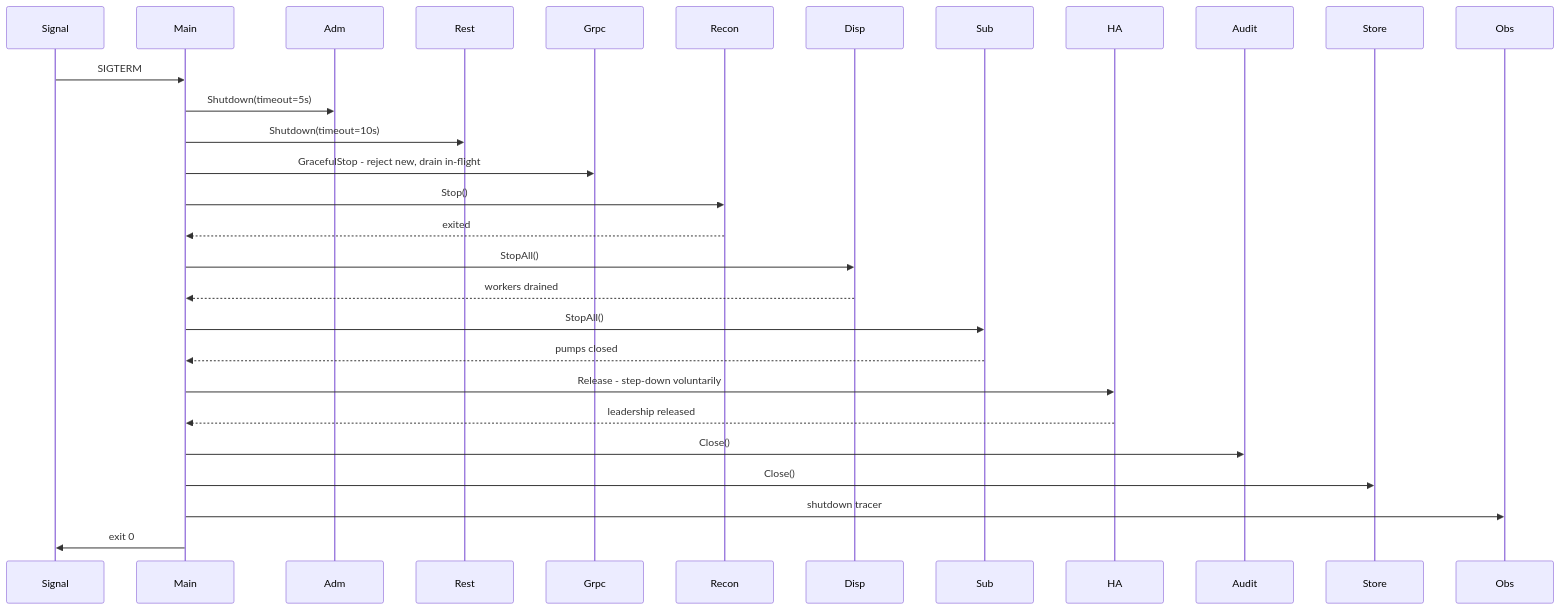
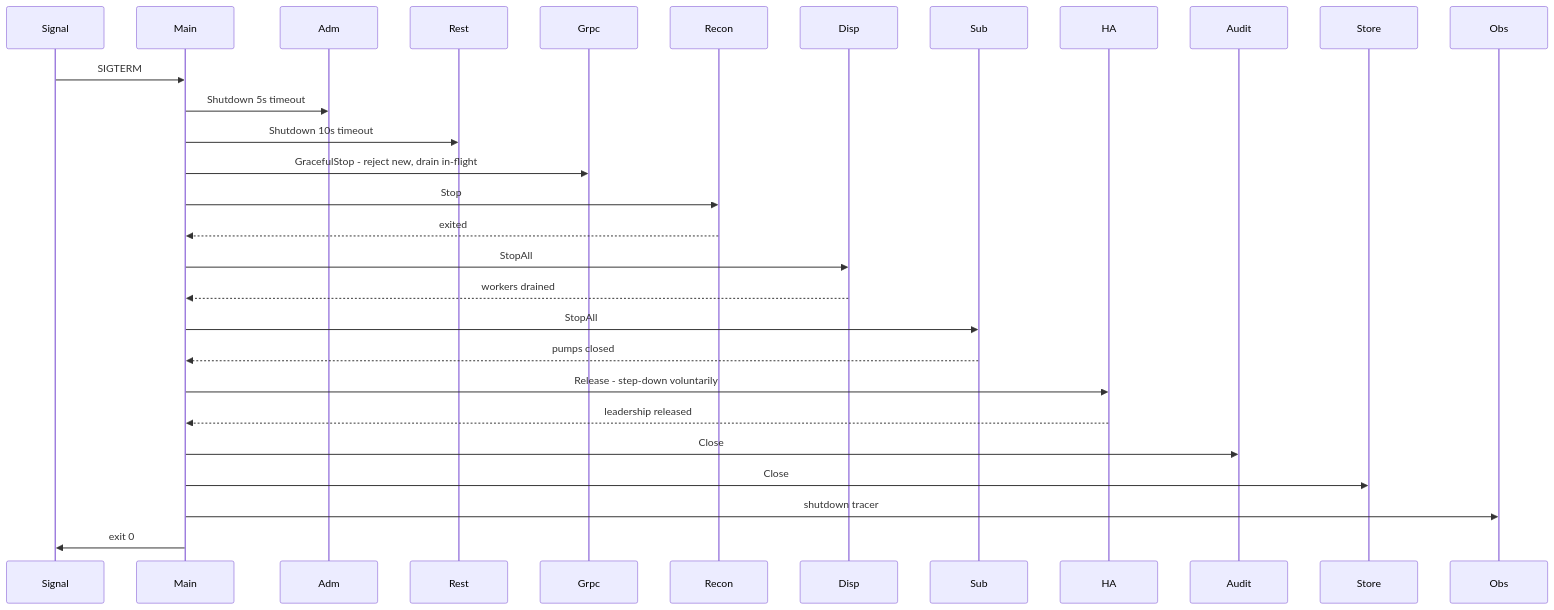
Before and after one commit to rashmirrout/DashCenter: diagram 24 of 24 in specs/LLD/dashd-lld.md, drawn with Mermaid. The commit also changed other lines of this file, not shown here.

Commit message:
DASHD Comprehenssive LLD and Implimentation Plans

````diff
--- a/specs/LLD/dashd-lld.md
+++ b/specs/LLD/dashd-lld.md
@@ -2676,32 +2676,32 @@
 ```mermaid
 sequenceDiagram
     participant OS as Signal
     participant Main
     participant Adm
     participant Rest
     participant Grpc
     participant Recon
     participant Disp
     participant Sub
     participant HA
     participant Audit
     participant Store
     participant Obs
 
     OS->>Main: SIGTERM
-    Main->>Adm: Shutdown(timeout=5s)
-    Main->>Rest: Shutdown(timeout=10s)
+    Main->>Adm: Shutdown 5s timeout
+    Main->>Rest: Shutdown 10s timeout
     Main->>Grpc: GracefulStop - reject new, drain in-flight
-    Main->>Recon: Stop()
+    Main->>Recon: Stop
     Recon-->>Main: exited
-    Main->>Disp: StopAll()
+    Main->>Disp: StopAll
     Disp-->>Main: workers drained
-    Main->>Sub: StopAll()
+    Main->>Sub: StopAll
     Sub-->>Main: pumps closed
     Main->>HA: Release - step-down voluntarily
     HA-->>Main: leadership released
-    Main->>Audit: Close()
-    Main->>Store: Close()
+    Main->>Audit: Close
+    Main->>Store: Close
     Main->>Obs: shutdown tracer
     Main->>OS: exit 0
 ```
````
